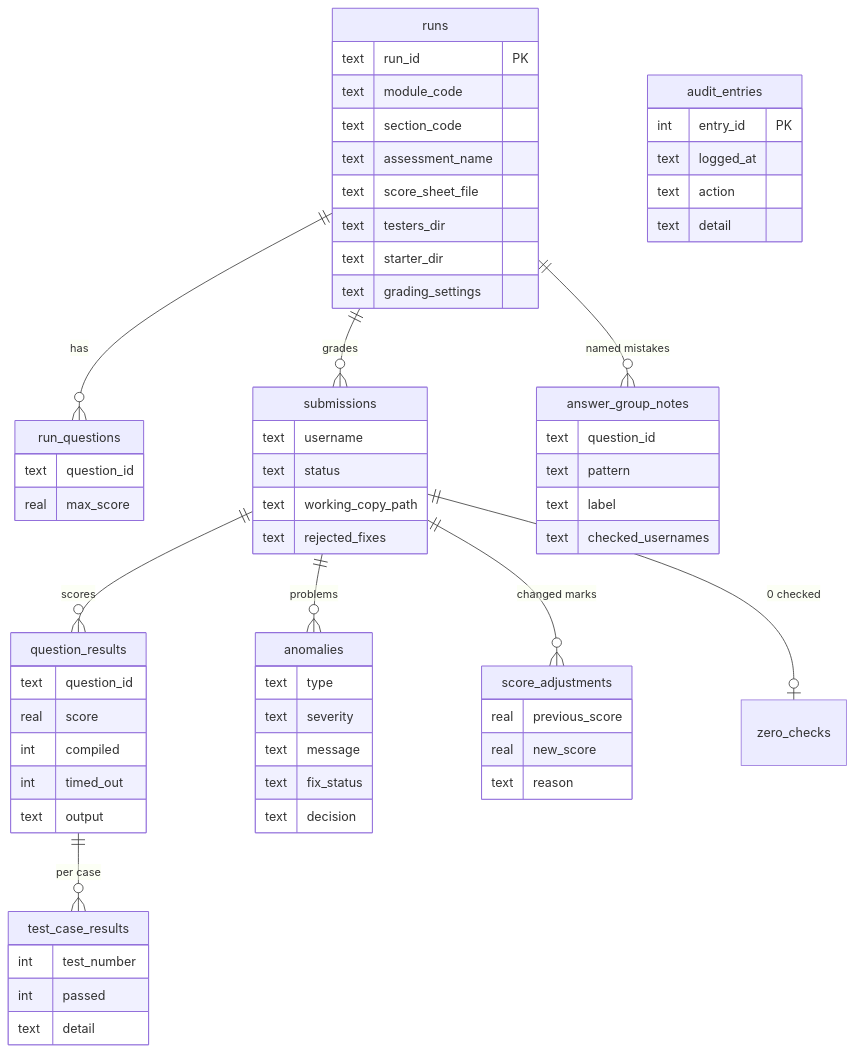
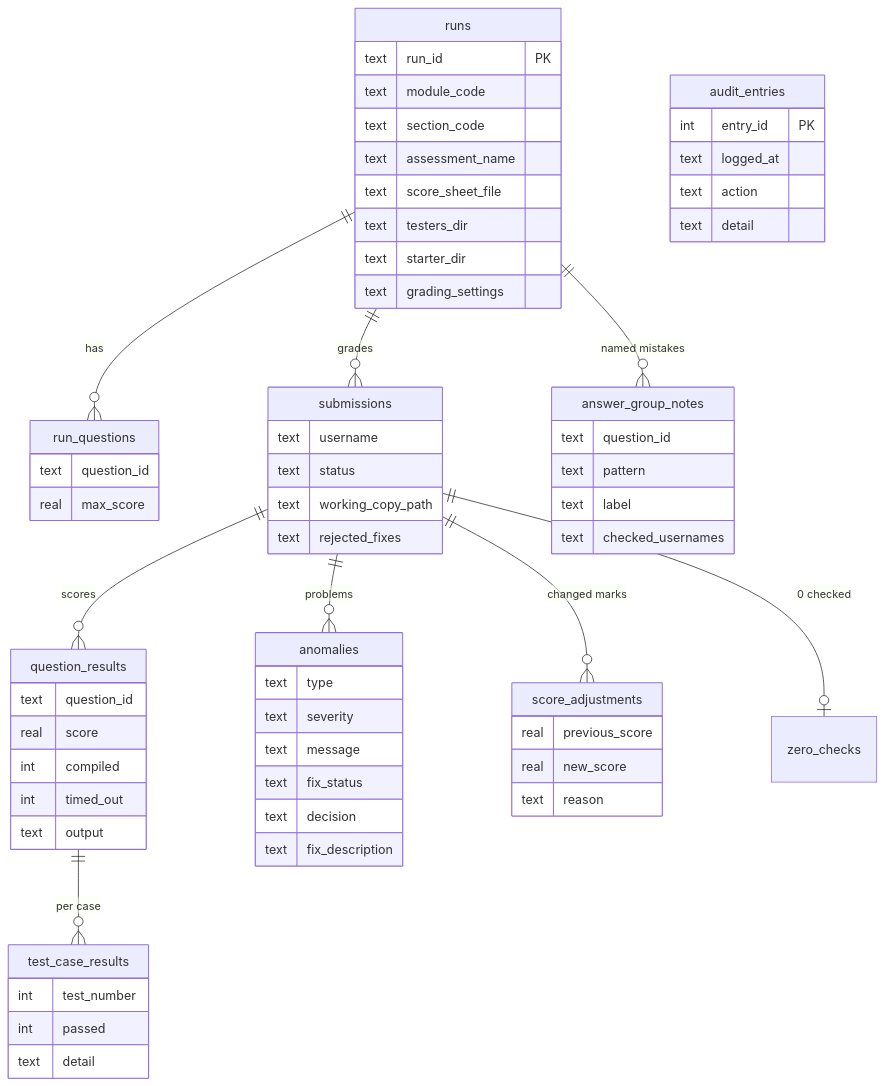
Before and after one commit to damienlaww/GradeZZY: the eighth of 8 diagrams in README.md, drawn with Mermaid. The commit also changed 4 other files, not shown here.

````diff
--- a/README.md
+++ b/README.md
@@ -1084,67 +1084,68 @@
 ```mermaid
 erDiagram
     runs ||--o{ run_questions : "has"
     runs ||--o{ submissions : "grades"
     submissions ||--o{ question_results : "scores"
     question_results ||--o{ test_case_results : "per case"
     submissions ||--o{ anomalies : "problems"
     submissions ||--o{ score_adjustments : "changed marks"
     submissions ||--o| zero_checks : "0 checked"
     runs ||--o{ answer_group_notes : "named mistakes"
     runs {
         text run_id PK
         text module_code
         text section_code
         text assessment_name
         text score_sheet_file
         text testers_dir
         text starter_dir
         text grading_settings
     }
     run_questions {
         text question_id
         real max_score
     }
     submissions {
         text username
         text status
         text working_copy_path
         text rejected_fixes
     }
     question_results {
         text question_id
         real score
         int compiled
         int timed_out
         text output
     }
     test_case_results {
         int test_number
         int passed
         text detail
     }
     anomalies {
         text type
         text severity
         text message
         text fix_status
         text decision
+        text fix_description
     }
     score_adjustments {
         real previous_score
         real new_score
         text reason
     }
     answer_group_notes {
         text question_id
         text pattern
         text label
         text checked_usernames
     }
     audit_entries {
         int entry_id PK
         text logged_at
         text action
         text detail
     }
 ```
````
